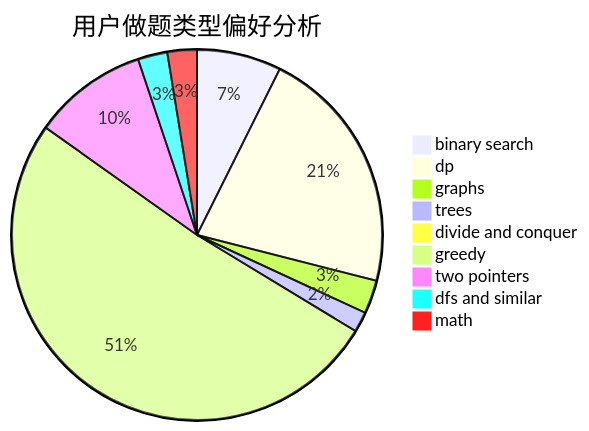
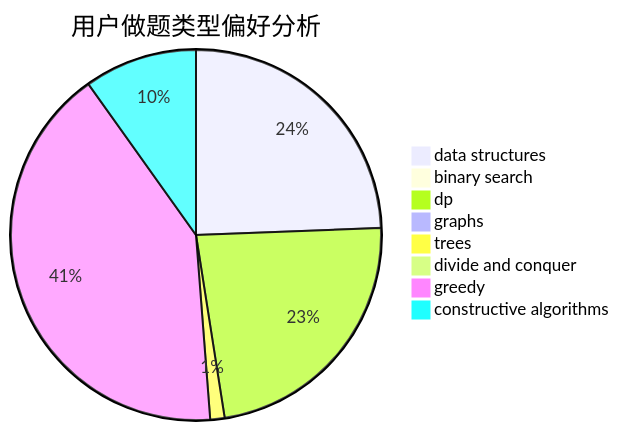
One commit to sherpahu/cfrs.github.io changed the second of 3 diagrams in docs/user/u2669.md. Above: the diagram before and after it, drawn with Mermaid. The commit also changed other lines of this file and 2775 other files, not shown here.

````diff
--- a/docs/user/u2669.md
+++ b/docs/user/u2669.md
@@ -23,12 +23,11 @@
 ```mermaid
 pie title 用户做题类型偏好分析
-    "binary search" :  166
-    "dp" :  487
-    "graphs" :  66
-    "trees" :  40
-    "divide and conquer" :  14
-    "greedy" :  1153
-    "two pointers" :  226
-    "dfs and similar" :  58
-    "math" :  58
+    "data structures" :  428
+    "binary search" :  7
+    "dp" :  406
+    "graphs" :  15
+    "trees" :  22
+    "divide and conquer" :  4
+    "greedy" :  726
+    "constructive algorithms" :  173
 ```
````
